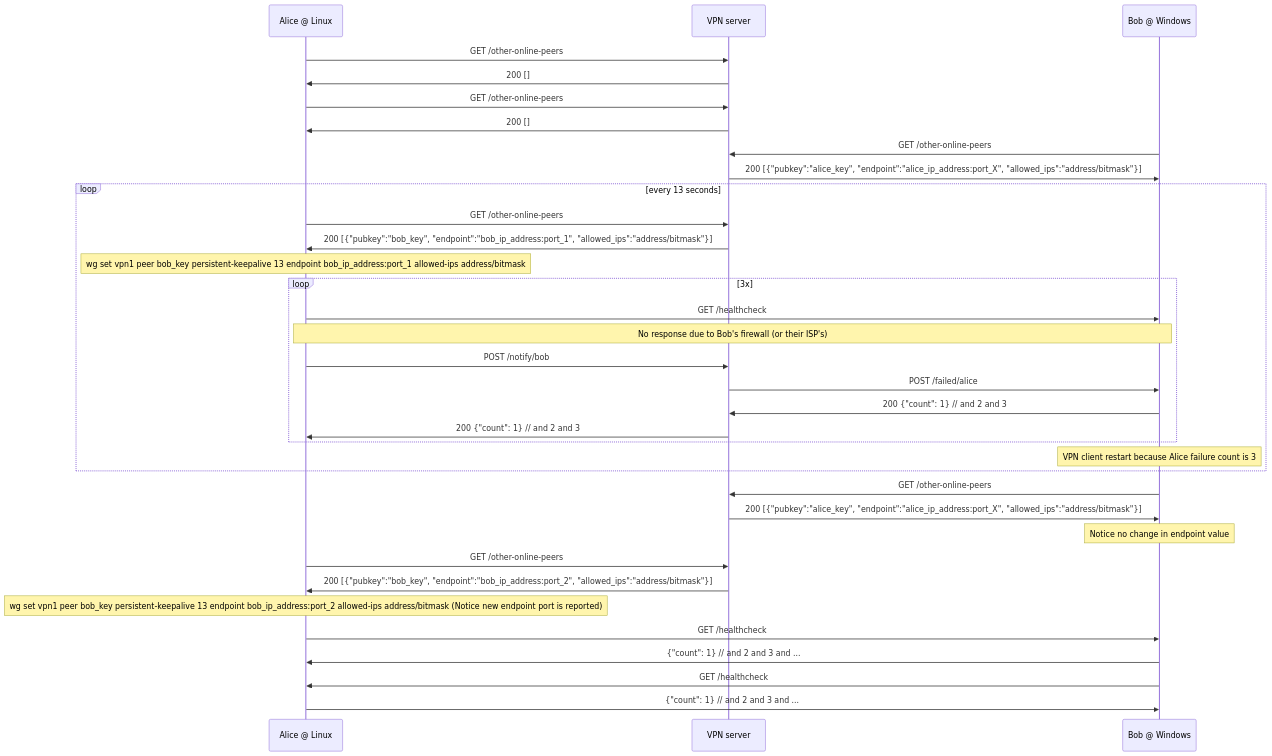
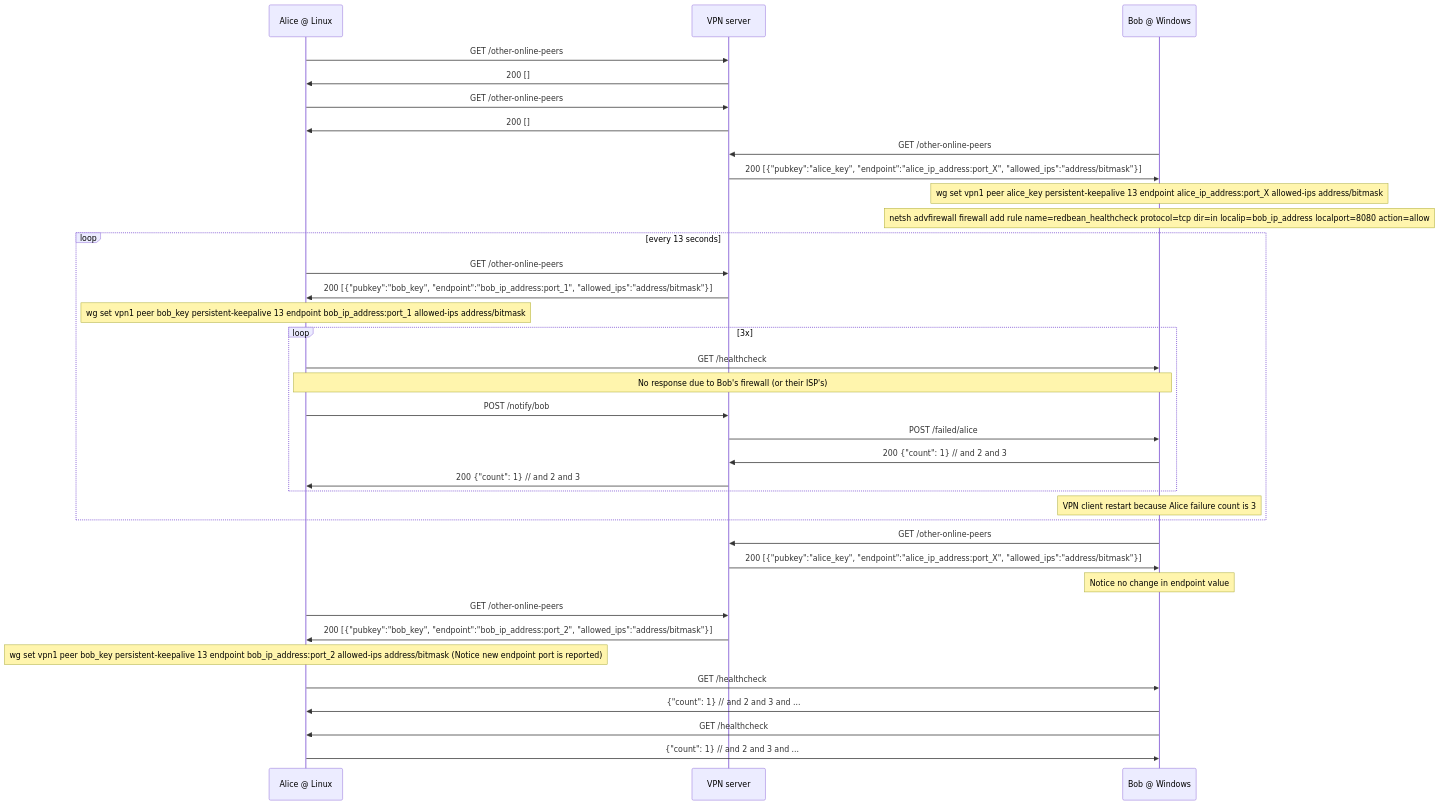
The diagram in README.md (samunders-core/wg-endpoint-discovery), drawn with Mermaid before and after one commit. The commit also changed 1 other file, not shown here.

Commit message:
windows firewall action in mermaid

````diff
--- a/README.md
+++ b/README.md
@@ -5,44 +5,46 @@
 ```mermaid
 sequenceDiagram
     participant A as Alice @ Linux
     participant S as VPN server
     participant B as Bob @ Windows
 
     A->>S: GET /other-online-peers
     S->>A: 200 []
 
     A->>S: GET /other-online-peers
     S->>A: 200 []
     
     B->>S: GET /other-online-peers
     S->>B: 200 [{"pubkey":"alice_key", "endpoint":"alice_ip_address:port_X", "allowed_ips":"address/bitmask"}]
-    
+    Note over B: wg set vpn1 peer alice_key persistent-keepalive 13 endpoint alice_ip_address:port_X allowed-ips address/bitmask
+    Note over B: netsh advfirewall firewall add rule name=redbean_healthcheck protocol=tcp dir=in localip=bob_ip_address localport=8080 action=allow
+
     loop every 13 seconds
         A->>S: GET /other-online-peers
         S->>A: 200 [{"pubkey":"bob_key", "endpoint":"bob_ip_address:port_1", "allowed_ips":"address/bitmask"}]
         Note over A: wg set vpn1 peer bob_key persistent-keepalive 13 endpoint bob_ip_address:port_1 allowed-ips address/bitmask
         loop 3x
             A->>B: GET /healthcheck
             Note over A,B: No response due to Bob's firewall (or their ISP's)
             A->>S: POST /notify/bob
             S->>B: POST /failed/alice
             B->>S: 200 {"count": 1}  // and 2 and 3
             S->>A: 200 {"count": 1}  // and 2 and 3
         end
         Note over B: VPN client restart because Alice failure count is 3
     end
     
     B->>S: GET /other-online-peers
     S->>B: 200 [{"pubkey":"alice_key", "endpoint":"alice_ip_address:port_X", "allowed_ips":"address/bitmask"}]
     Note over B: Notice no change in endpoint value
 
     A->>S: GET /other-online-peers
     S->>A: 200 [{"pubkey":"bob_key", "endpoint":"bob_ip_address:port_2", "allowed_ips":"address/bitmask"}]
     Note over A: wg set vpn1 peer bob_key persistent-keepalive 13 endpoint bob_ip_address:port_2 allowed-ips address/bitmask (Notice new endpoint port is reported)
 
     A->>B: GET /healthcheck
     B->>A: {"count": 1} // and 2 and 3 and ...
 
     B->>A: GET /healthcheck
     A->>B: {"count": 1} // and 2 and 3 and ...
 ```
````
